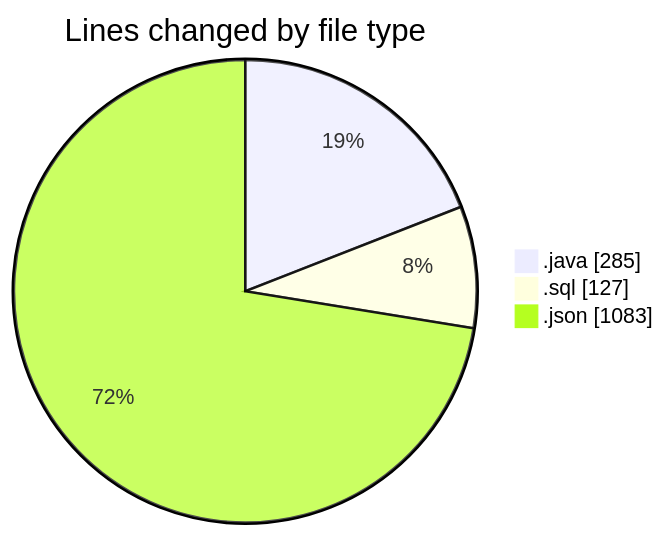
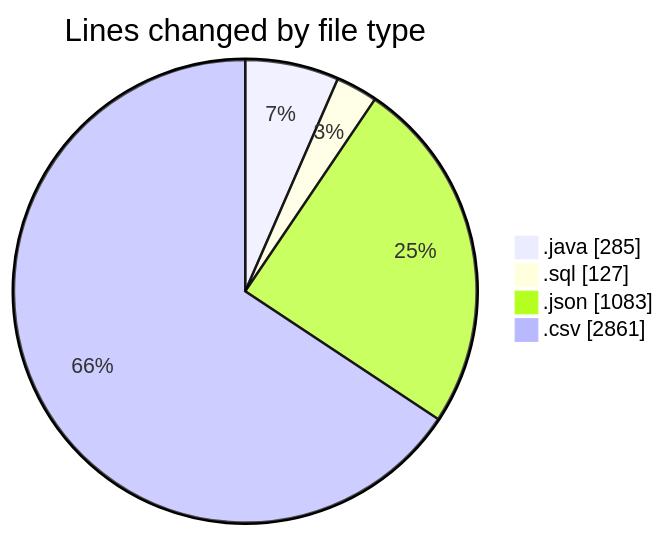
Before and after one commit to ricardozamudiocil/code-tracking: the first of 2 diagrams in 2026-06-02/cilapp/README.md, drawn with Mermaid. The commit also changed other lines of this file and 1 other file, not shown here.

````diff
--- a/2026-06-02/cilapp/README.md
+++ b/2026-06-02/cilapp/README.md
@@ -24,7 +25,8 @@
 ```mermaid
 pie showData
 title Lines changed by file type
 ".java" : 285
 ".sql" : 127
 ".json" : 1083
+".csv" : 2861
 ```
````
